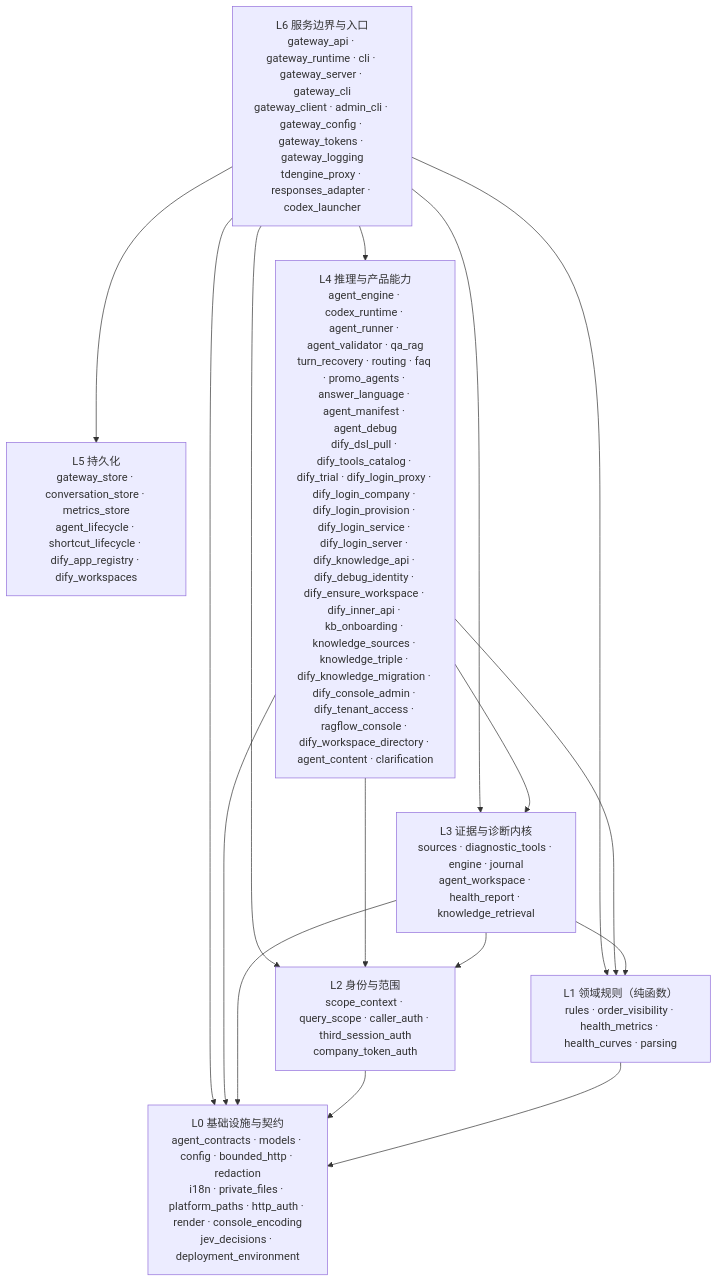
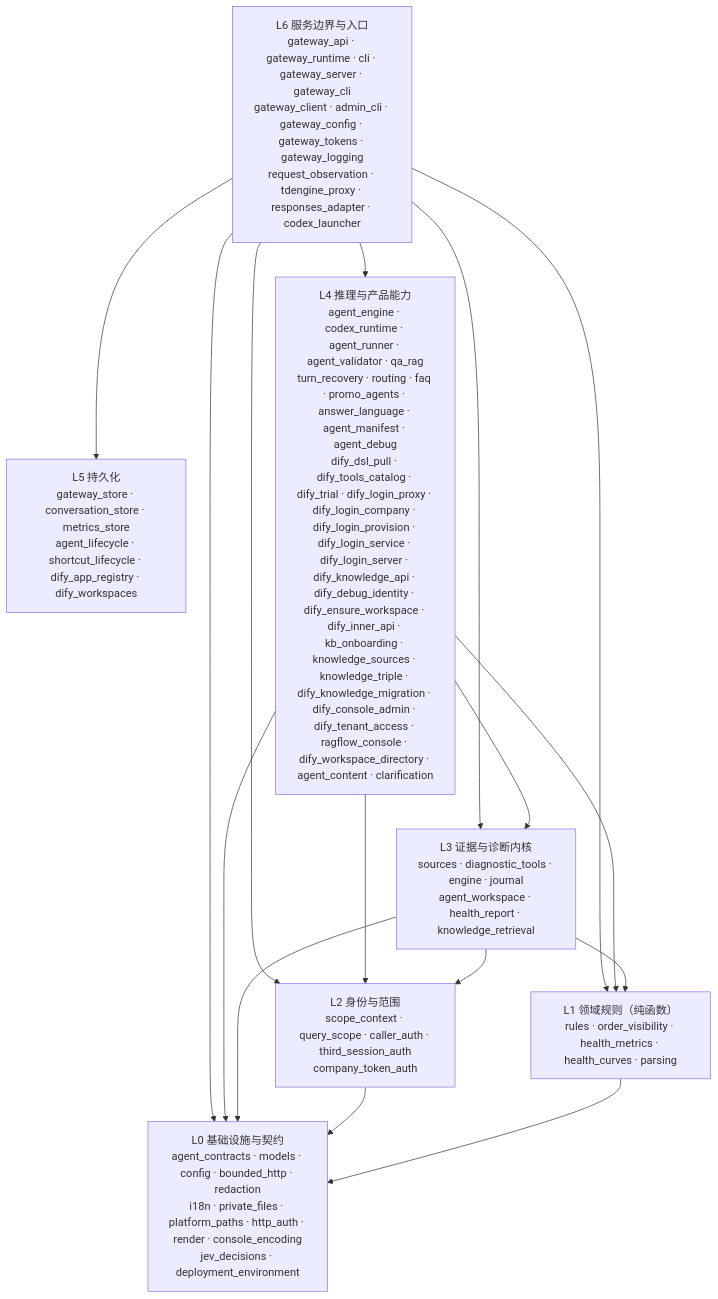
One commit to kilbertert/AI-Ops changed the diagram in README.md. Above: the diagram before and after it, drawn with Mermaid. The commit also changed other lines of this file and 15 other files, not shown here.

````diff
--- a/README.md
+++ b/README.md
@@ -183,26 +183,26 @@
 ```mermaid
 flowchart TB
-    L6["L6 服务边界与入口<br/>gateway_api · gateway_runtime · cli · gateway_server · gateway_cli<br/>gateway_client · admin_cli · gateway_config · gateway_tokens · gateway_logging<br/>tdengine_proxy · responses_adapter · codex_launcher"]
+    L6["L6 服务边界与入口<br/>gateway_api · gateway_runtime · cli · gateway_server · gateway_cli<br/>gateway_client · admin_cli · gateway_config · gateway_tokens · gateway_logging<br/>request_observation · tdengine_proxy · responses_adapter · codex_launcher"]
     L5["L5 持久化<br/>gateway_store · conversation_store · metrics_store<br/>agent_lifecycle · shortcut_lifecycle · dify_app_registry · dify_workspaces"]
     L4["L4 推理与产品能力<br/>agent_engine · codex_runtime · agent_runner · agent_validator · qa_rag<br/>turn_recovery · routing · faq · promo_agents · answer_language · agent_manifest · agent_debug<br/>dify_dsl_pull · dify_tools_catalog · dify_trial · dify_login_proxy · dify_login_company · dify_login_provision · dify_login_service · dify_login_server · dify_knowledge_api · dify_debug_identity · dify_ensure_workspace · dify_inner_api · kb_onboarding · knowledge_sources · knowledge_triple · dify_knowledge_migration · dify_console_admin · dify_tenant_access · ragflow_console · dify_workspace_directory · agent_content · clarification"]
     L3["L3 证据与诊断内核<br/>sources · diagnostic_tools · engine · journal<br/>agent_workspace · health_report · knowledge_retrieval"]
     L2["L2 身份与范围<br/>scope_context · query_scope · caller_auth · third_session_auth<br/>company_token_auth"]
     L1["L1 领域规则（纯函数）<br/>rules · order_visibility · health_metrics · health_curves · parsing"]
     L0["L0 基础设施与契约<br/>agent_contracts · models · config · bounded_http · redaction<br/>i18n · private_files · platform_paths · http_auth · render · console_encoding<br/>jev_decisions · deployment_environment"]
 
     L6 --> L5
     L6 --> L4
     L6 --> L3
     L6 --> L2
     L6 --> L1
     L6 --> L0
     L4 --> L3
     L4 --> L2
     L4 --> L1
     L4 --> L0
     L3 --> L2
     L3 --> L1
     L3 --> L0
     L2 --> L0
     L1 --> L0
 ```
````
